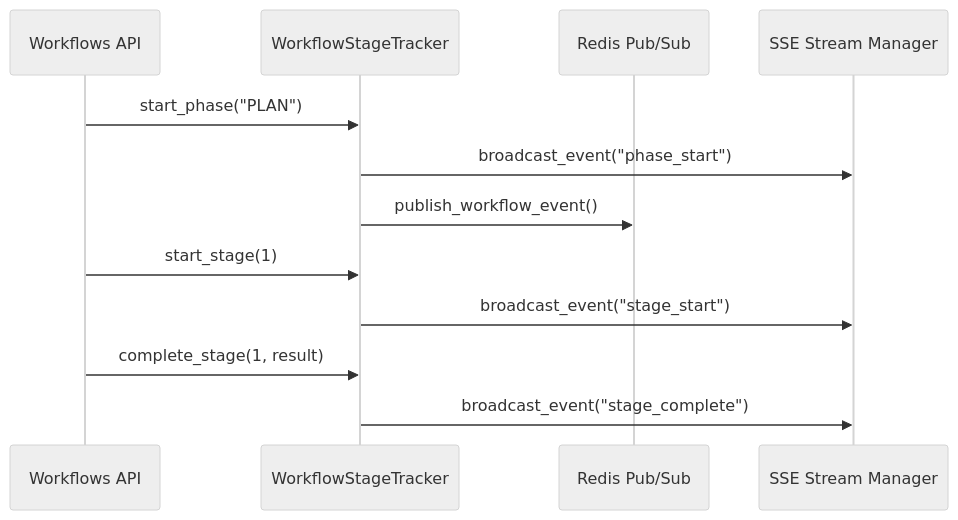
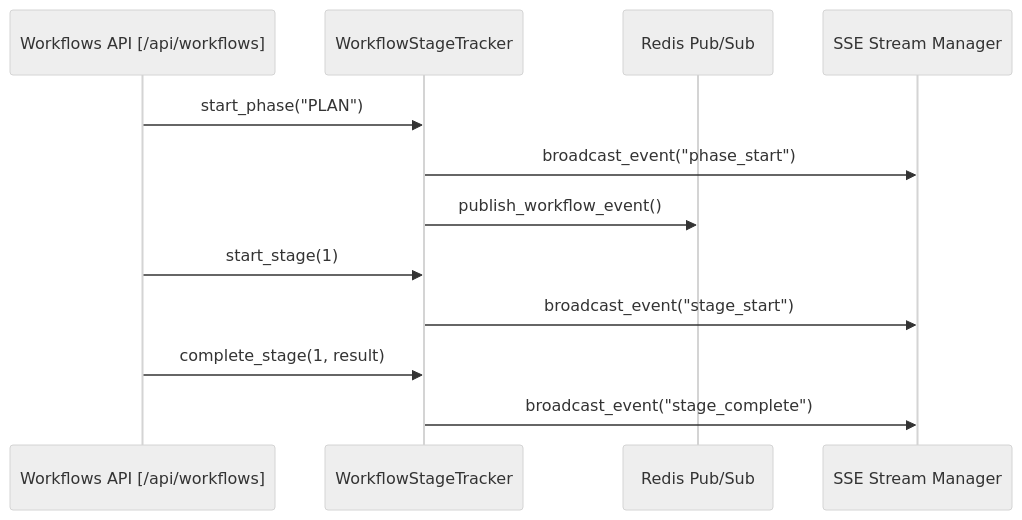
The second of 3 diagrams in docs/workflows-recipes/workflow-api-reference.md (AutomatosAI/automatos-ai), drawn with Mermaid (neutral theme) before and after one commit. The commit also changed other lines of this file and 153 other files, not shown here.

````diff
--- a/docs/workflows-recipes/workflow-api-reference.md
+++ b/docs/workflows-recipes/workflow-api-reference.md
@@ -155,15 +158,15 @@
 ```mermaid
 sequenceDiagram
-    participant API as Workflows API
+    participant API as Workflows API [/api/workflows]
     participant Tracker as WorkflowStageTracker
     participant Redis as Redis Pub/Sub
     participant SSE as SSE Stream Manager
     
     API->>Tracker: start_phase("PLAN")
     Tracker->>SSE: broadcast_event("phase_start")
     Tracker->>Redis: publish_workflow_event()
     API->>Tracker: start_stage(1)
     Tracker->>SSE: broadcast_event("stage_start")
     API->>Tracker: complete_stage(1, result)
     Tracker->>SSE: broadcast_event("stage_complete")
 ```
````
